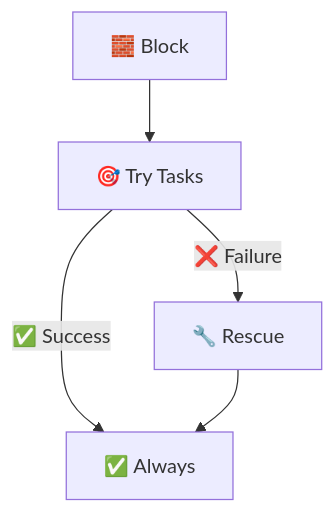
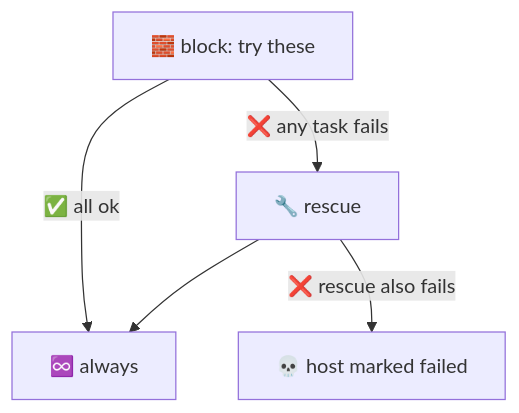
The second of 7 diagrams in lectures/lec6.md (inno-devops-labs/DevOps-Core-Course), drawn with Mermaid before and after one commit. The commit also changed other lines of this file and 24 other files, not shown here.

````diff
--- a/lectures/lec6.md
+++ b/lectures/lec6.md
@@ -175,7 +111,7 @@
 ```mermaid
 flowchart TD
-  Block[🧱 Block] --> Try[🎯 Try Tasks]
-  Try -->|✅ Success| Always[✅ Always]
-  Try -->|❌ Failure| Rescue[🔧 Rescue]
+  Block[🧱 block: try these] -->|✅ all ok| Always[♾️ always]
+  Block -->|❌ any task fails| Rescue[🔧 rescue]
   Rescue --> Always
+  Rescue -->|❌ rescue also fails| Fail[💀 host marked failed]
 ```
````
